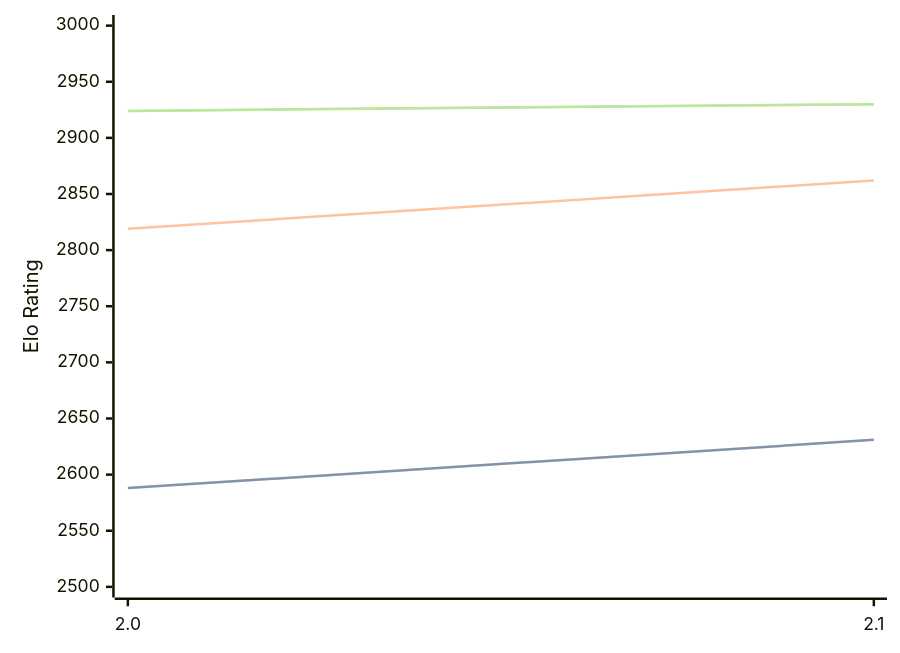
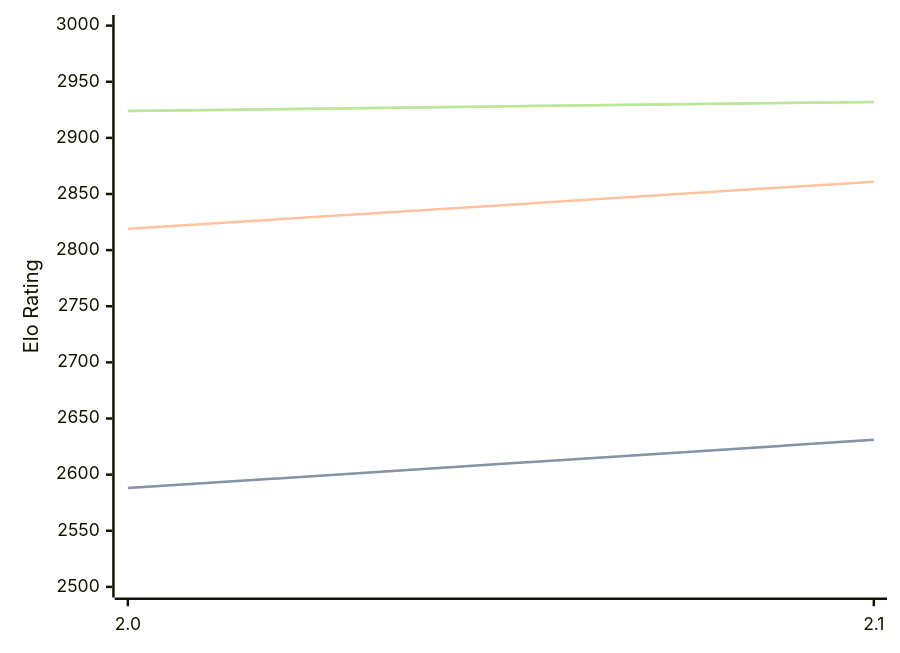
The diagram in engines/Noggin.md (computer-chess-index/cci), drawn with Mermaid before and after one commit. The commit also changed other lines of this file, not shown here.

Commit message:
Update CCI Ratings (ELO VLTC) - 2026-08-06

````diff
--- a/engines/Noggin.md
+++ b/engines/Noggin.md
@@ -33,11 +33,11 @@
 ```mermaid
 %%{init: {"theme":"base","themeVariables":{"seriesColors:['#a3a3a3','#222221','#faa371']}}}%%
 xychart-beta
   x-axis ["2.0", "2.1"]
   y-axis "Elo Rating" 2500 --> 3000
   line "STC (8.0+0.08s)" [2588, 2631]
   line "STC (8.0+0.08s)" [2588, 2631]
-  line "LTC (60.0+0.60s)" [2819, 2862]
-  line "VLTC (2m24s+1.12s)" [2924, 2930]
-  line "VLTC (2m24s+1.12s)" [2924, 2930]
+  line "LTC (60.0+0.60s)" [2819, 2861]
+  line "VLTC (2m24s+1.12s)" [2924, 2932]
+  line "VLTC (2m24s+1.12s)" [2924, 2932]
 ```
````
